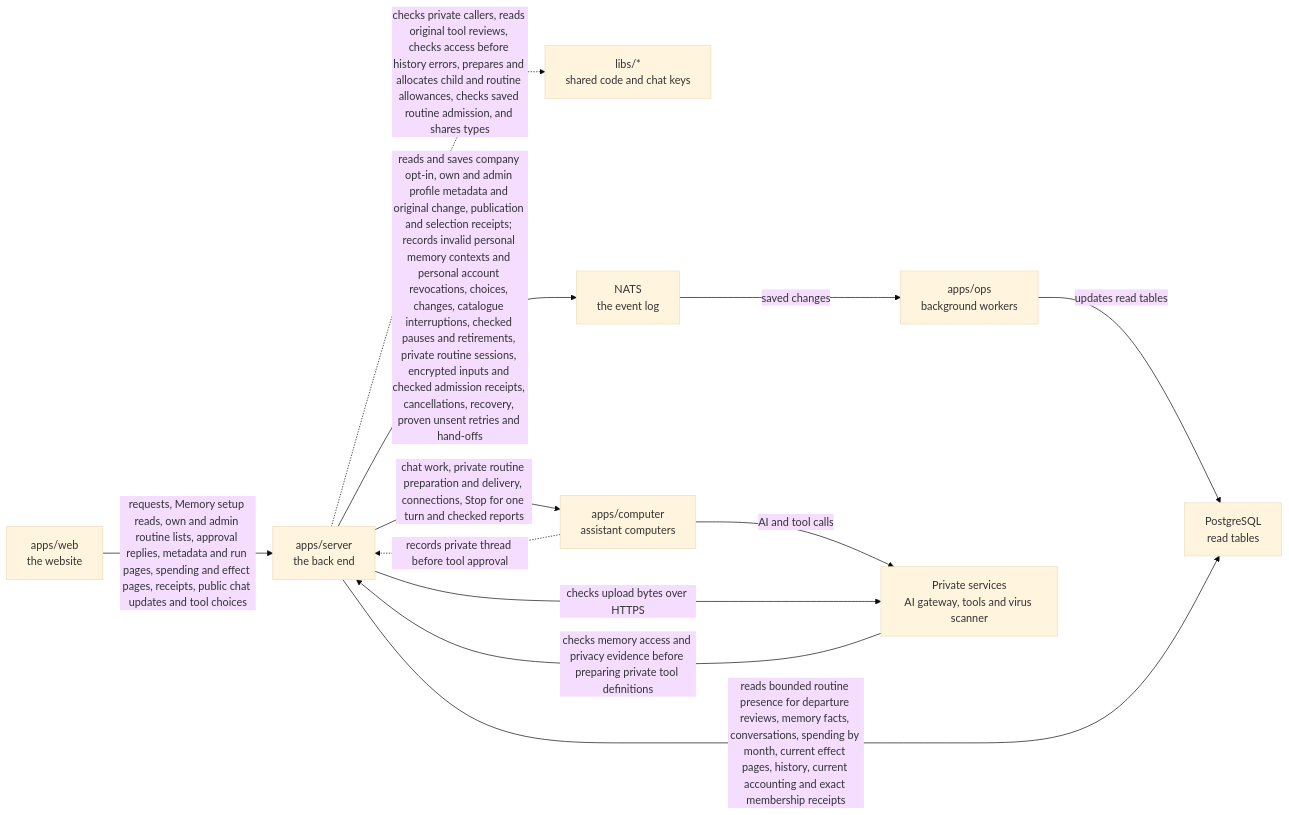
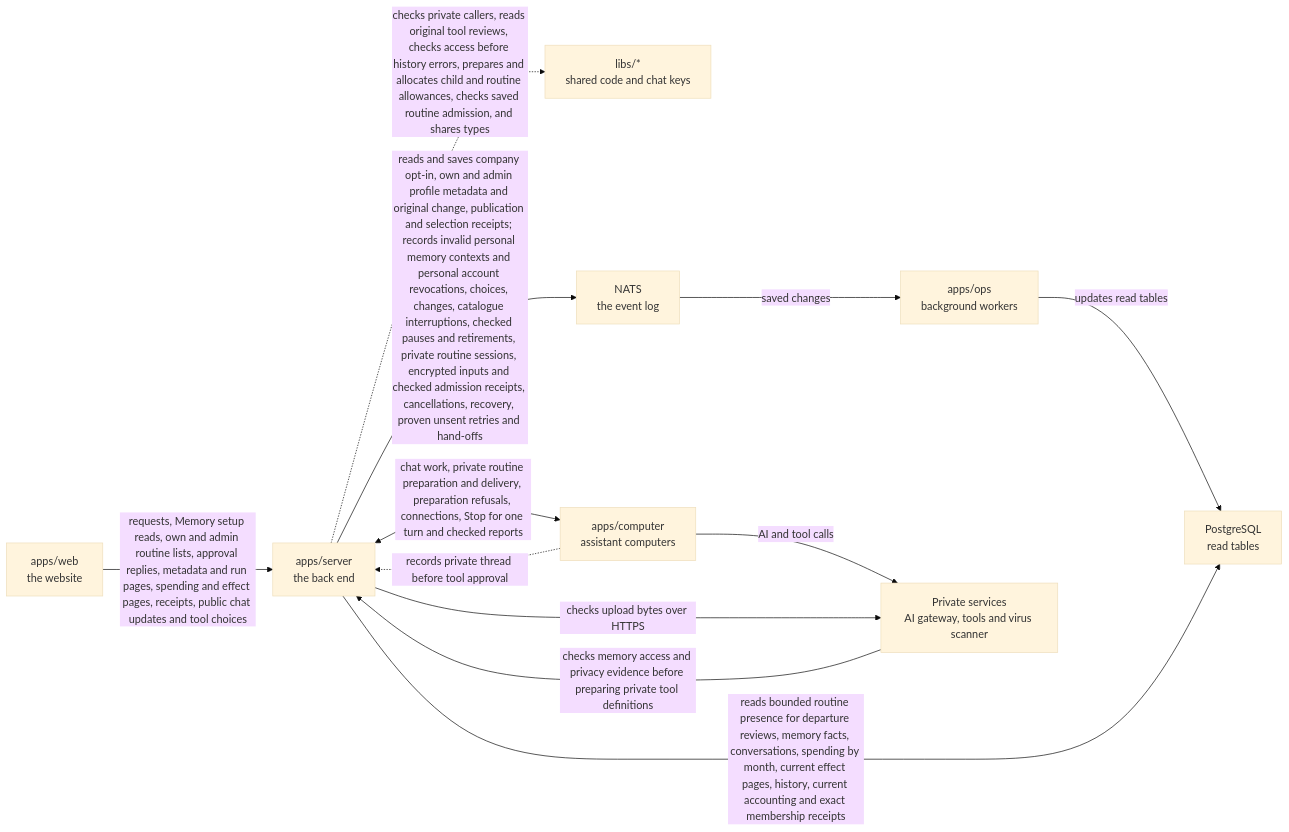
One commit to elewa-git/opencrane-new changed the diagram in apps/server/README.md. Above: the diagram before and after it, drawn with Mermaid (base theme). The commit also changed other lines of this file and 8 other files, not shown here.

Commit message:
🔒 Keep routine preparation failures isolated from other conversations

````diff
--- a/apps/server/README.md
+++ b/apps/server/README.md
@@ -108,14 +110,14 @@
 ```mermaid
 flowchart LR
   web["apps/web<br/>the website"] -->|requests, Memory setup reads, own and admin routine lists, approval replies, metadata and run pages, spending and effect pages, receipts, public chat updates and tool choices| server["apps/server<br/>the back end"]
   server -.->|checks private callers, reads original tool reviews, checks access before history errors, prepares and allocates child and routine allowances, checks saved routine admission, and shares types| libs["libs/*<br/>shared code and chat keys"]
   server -->|reads and saves company opt-in, own and admin profile metadata and original change, publication and selection receipts; records invalid personal memory contexts and personal account revocations, choices, changes, catalogue interruptions, checked pauses and retirements, private routine sessions, encrypted inputs and checked admission receipts, cancellations, recovery, proven unsent retries and hand-offs| nats["NATS<br/>the event log"]
   nats -->|saved changes| ops["apps/ops<br/>background workers"]
   ops -->|updates read tables| postgres["PostgreSQL<br/>read tables"]
   server -->|reads bounded routine presence for departure reviews, memory facts, conversations, spending by month, current effect pages, history, current accounting and exact membership receipts| postgres
-  server -->|chat work, private routine preparation and delivery, connections, Stop for one turn and checked reports| computer["apps/computer<br/>assistant computers"]
+  server <-->|chat work, private routine preparation and delivery, preparation refusals, connections, Stop for one turn and checked reports| computer["apps/computer<br/>assistant computers"]
   computer -.->|records private thread before tool approval| server
   computer -->|AI and tool calls| runtime["Private services<br/>AI gateway, tools and virus scanner"]
   server -->|checks upload bytes over HTTPS| runtime
   runtime -->|checks memory access and privacy evidence before preparing private tool definitions| server
 ```
````
